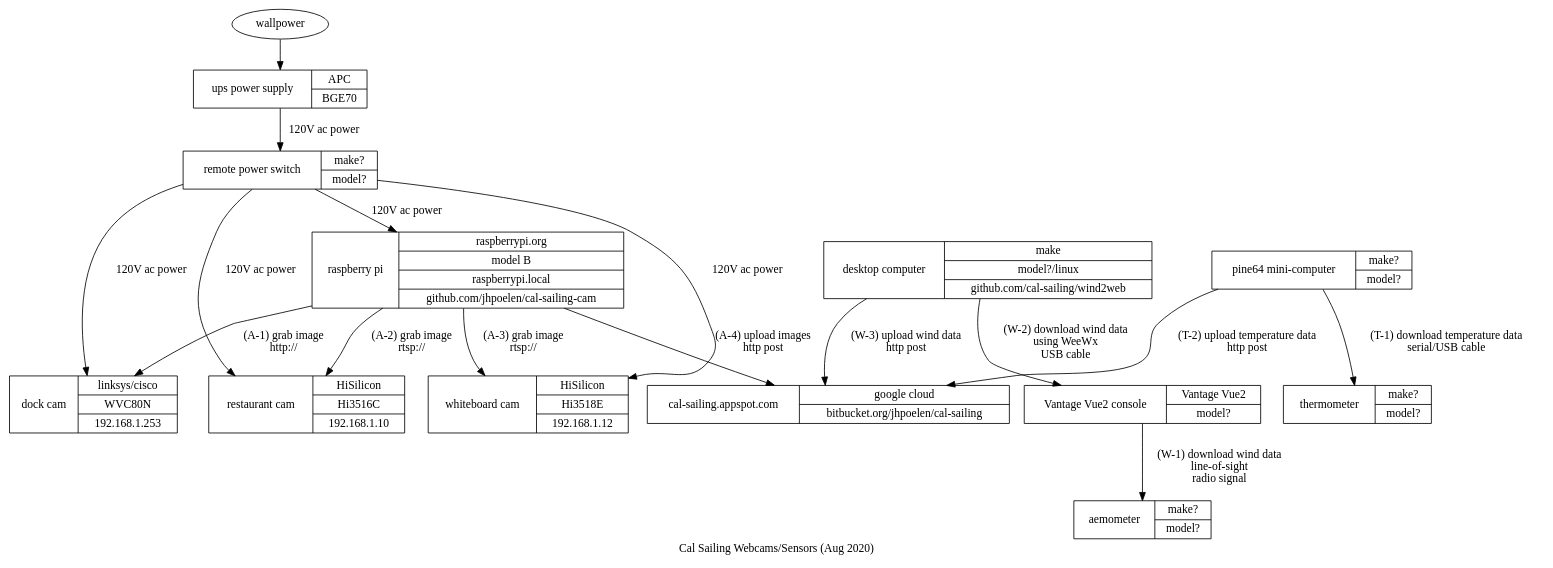
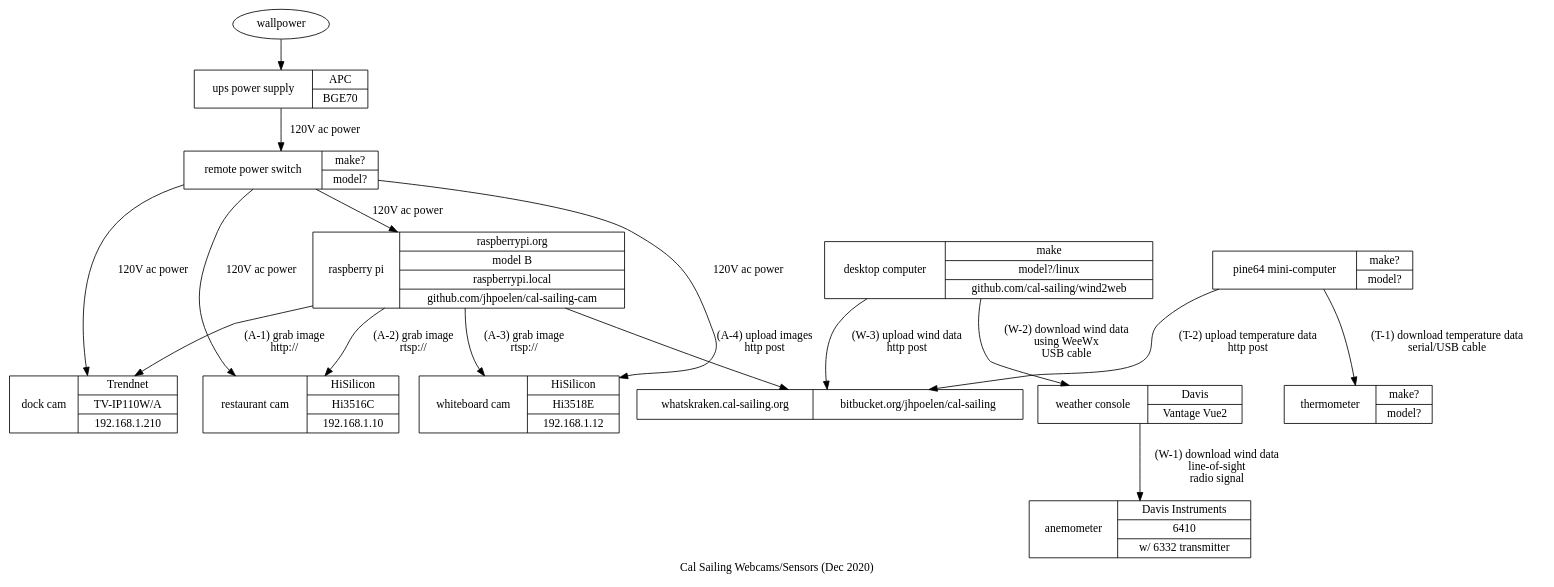
Before and after one commit to jhpoelen/cal-sailing-cam: the diagram in cal-sailing-diagram.dot, drawn with Graphviz. The commit also changed 3 other files, not shown here.

Commit message:
upgrade diagrams

```diff
--- a/cal-sailing-diagram.dot
+++ b/cal-sailing-diagram.dot
@@ -1,71 +1,71 @@
 digraph calsailingcam {
     "dock" [
-       label = "dock cam | { linksys/cisco | WVC80N | 192.168.1.253 }"
+       label = "dock cam | { Trendnet | TV-IP110W/A | 192.168.1.210 }"
        shape = "record"
     ]
     "restaurant" [
         label = "restaurant cam | { HiSilicon  | Hi3516C | 192.168.1.10 }"
 	 shape = "record"
     ]
     "whiteboard" [
         label = "whiteboard cam | { HiSilicon  | Hi3518E | 192.168.1.12 }"
 	 shape = "record"
     ]
     "raspberry" [
         label = "raspberry pi | { raspberrypi.org | model B | raspberrypi.local | github.com/jhpoelen/cal-sailing-cam }"
         shape = "record"
     ]
     "ups" [
         label = "ups power supply | { APC | BGE70 }"
         shape = "record"
     ]
     "thermometer" [
         label = "thermometer | { make? | model? }"
         shape = "record"
     ]
     "powerswitch" [
         label = "remote power switch | { make? | model? }"
         shape = "record"
     ]
     "anemometer" [
-        label = "aemometer | { make? | model? }"
+        label = "anemometer | { Davis Instruments | 6410 | w/ 6332 transmitter }"
         shape = "record"
     ]
     "weatherstation" [
-        label = "Vantage Vue2 console | { Vantage Vue2 | model? }"
+        label = "weather console | { Davis | Vantage Vue2 }"
         shape = "record"
     ]
     "desktop" [
         label = "desktop computer | { make | model?/linux | github.com/cal-sailing/wind2web }"
         shape = "record"
     ]
     "pine64" [
         label = "pine64 mini-computer | { make? | model? }"
         shape = "record"
     ]
     "server" [
-        label = "cal-sailing.appspot.com | { google cloud | bitbucket.org/jhpoelen/cal-sailing }"
+        label = "whatskraken.cal-sailing.org | { bitbucket.org/jhpoelen/cal-sailing }"
         shape = "record"
     ]
 
     "raspberry"->"dock"[label="(A-1) grab image\nhttp://"]
     "raspberry"->"restaurant"[label="(A-2) grab image\nrtsp://"]
     "raspberry"->"whiteboard"[label="(A-3) grab image\nrtsp://"]
     "raspberry"->"server"[label="(A-4) upload images\nhttp post"]
     "wallpower" -> "ups"
     
     "ups"->"powerswitch"[label="120V ac power"]
     "powerswitch"->"raspberry"[label="120V ac power"]
     "powerswitch"->"dock"[label="120V ac power"]
     "powerswitch"->"restaurant"[label="120V ac power"]
     "powerswitch"->"whiteboard"[label="120V ac power"]
 
     "weatherstation"->"anemometer"[label="(W-1) download wind data\nline-of-sight\nradio signal"]
     "desktop"->"weatherstation"[label="(W-2) download wind data\nusing WeeWx\nUSB cable"]
     "desktop"->"server"[label="(W-3) upload wind data\nhttp post"]
 
     "pine64"->"thermometer"[label="(T-1) download temperature data\nserial/USB cable"]
     "pine64"->"server"[label="(T-2) upload temperature data\nhttp post"]
 
-    label="Cal Sailing Webcams/Sensors (Aug 2020)"
+    label="Cal Sailing Webcams/Sensors (Dec 2020)"
 }
```
